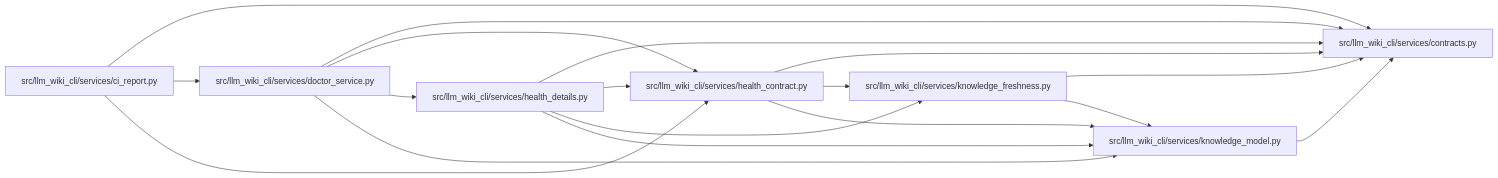
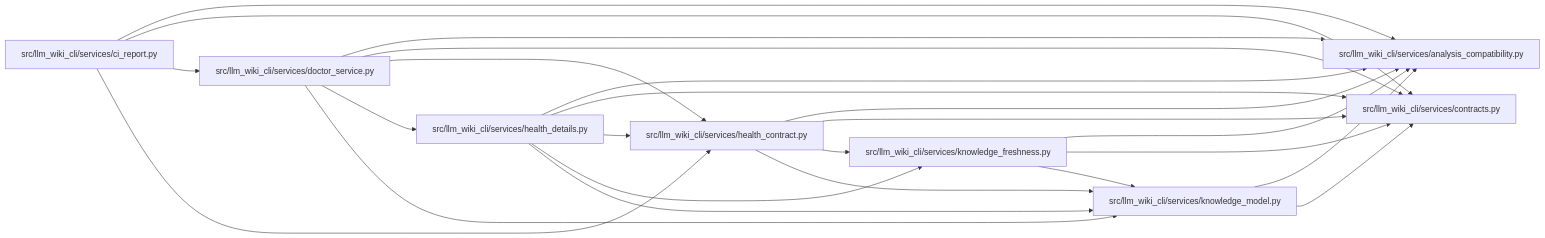
Before and after one commit to Denissvgn/python-wiki-llm: the diagram in docs/llm_wiki/modules/health_contract.md, drawn with Mermaid. The commit also changed other lines of this file and 391 other files, not shown here.

Commit message:
docs(wiki): record independent analysis compatibility metadata

````diff
--- a/docs/llm_wiki/modules/health_contract.md
+++ b/docs/llm_wiki/modules/health_contract.md
@@ -30,34 +31,42 @@
 ```mermaid
 flowchart LR
-    n0["src/llm_wiki_cli/services/ci_report.py"]
-    n1["src/llm_wiki_cli/services/contracts.py"]
-    n2["src/llm_wiki_cli/services/doctor_service.py"]
-    n3["src/llm_wiki_cli/services/health_contract.py"]
-    n4["src/llm_wiki_cli/services/health_details.py"]
-    n5["src/llm_wiki_cli/services/knowledge_freshness.py"]
-    n6["src/llm_wiki_cli/services/knowledge_model.py"]
-    n0 --> n1
-    n0 --> n2
-    n0 --> n3
-    n2 --> n1
-    n2 --> n3
-    n2 --> n4
-    n2 --> n6
-    n3 --> n1
+    n0["src/llm_wiki_cli/services/analysis_compatibility.py"]
+    n1["src/llm_wiki_cli/services/ci_report.py"]
+    n2["src/llm_wiki_cli/services/contracts.py"]
+    n3["src/llm_wiki_cli/services/doctor_service.py"]
+    n4["src/llm_wiki_cli/services/health_contract.py"]
+    n5["src/llm_wiki_cli/services/health_details.py"]
+    n6["src/llm_wiki_cli/services/knowledge_freshness.py"]
+    n7["src/llm_wiki_cli/services/knowledge_model.py"]
+    n1 --> n0
+    n1 --> n2
+    n1 --> n3
+    n1 --> n4
+    n3 --> n0
+    n3 --> n2
+    n3 --> n4
     n3 --> n5
-    n3 --> n6
-    n4 --> n1
-    n4 --> n3
-    n4 --> n5
+    n3 --> n7
+    n4 --> n0
+    n4 --> n2
     n4 --> n6
-    n5 --> n1
+    n4 --> n7
+    n5 --> n0
+    n5 --> n2
+    n5 --> n4
     n5 --> n6
-    n6 --> n1
-    click n0 "../modules/ci_report.md"
-    click n1 "../modules/services_contracts.md"
-    click n2 "../modules/doctor_service.md"
-    click n3 "../modules/health_contract.md"
-    click n4 "../modules/health_details.md"
-    click n5 "../modules/knowledge_freshness.md"
-    click n6 "../modules/knowledge_model.md"
+    n5 --> n7
+    n6 --> n0
+    n6 --> n2
+    n6 --> n7
+    n7 --> n0
+    n7 --> n2
+    click n0 "../modules/analysis_compatibility.md"
+    click n1 "../modules/ci_report.md"
+    click n2 "../modules/services_contracts.md"
+    click n3 "../modules/doctor_service.md"
+    click n4 "../modules/health_contract.md"
+    click n5 "../modules/health_details.md"
+    click n6 "../modules/knowledge_freshness.md"
+    click n7 "../modules/knowledge_model.md"
 ```
````
